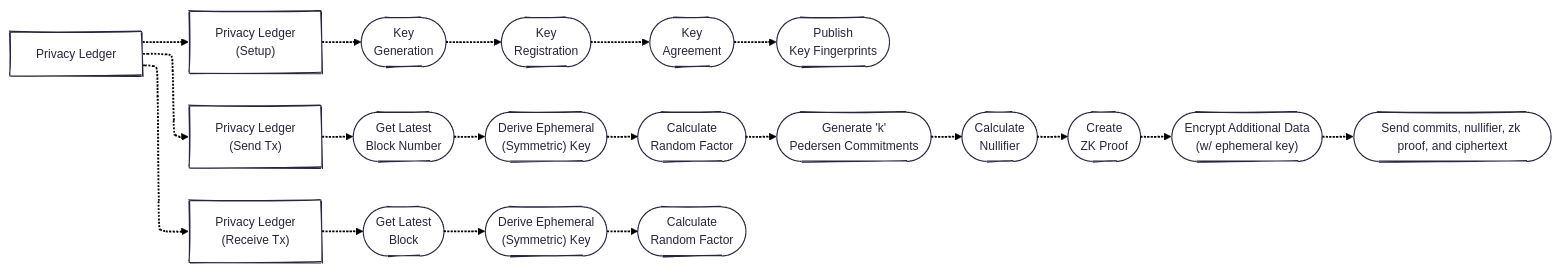
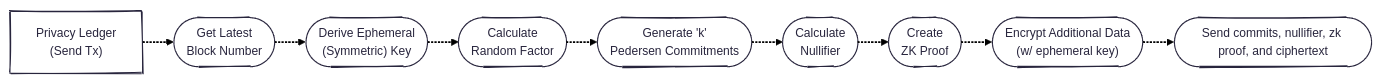
One commit to raylsnetwork/Enygma changed the fourth of 7 diagrams in enygma_payments/README.md. Above: the diagram before and after it, drawn with Mermaid. The commit also changed other lines of this file, not shown here.

````diff
--- a/enygma_payments/README.md
+++ b/enygma_payments/README.md
@@ -76,43 +97,23 @@
 ```mermaid
 ---
 config:
   theme: redux
   layout: elk
   look: handDrawn
 ---
 flowchart LR
-
-    %% Entities
-    pl["Privacy Ledger"]
-
-    %% PL (Setup)
-    pl_setup["Privacy Ledger<br>(Setup)"]
-    keygen(["Key<br>Generation"])
-    register(["Key<br>Registration"])
-    kem(["Key<br>Agreement"])
-    publish(["Publish<br>Key Fingerprints"])
 
     %% PL (Send)
     pl_send["Privacy Ledger<br>(Send Tx)"]
     getblock_send(["Get Latest<br>Block Number"])
     derivesendkey(["Derive Ephemeral<br>(Symmetric) Key"])
     calcR_send(["Calculate<br>Random Factor"])
     tx_commits(["Generate 'k'<br>Pedersen Commitments"])
     nullifier(["Calculate<br>Nullifier"])
     zk_proof(["Create<br>ZK Proof"])
     encrypt_ad(["Encrypt Additional Data<br>(w/ ephemeral key)"])
     send_tx(["Send commits, nullifier, zk proof, and ciphertext"])
 
-    %% PL (Receive)
-    pl_receive["Privacy Ledger<br>(Receive Tx)"]
-    derivereceivekey(["Derive Ephemeral<br>(Symmetric) Key"])
-    calcR_receive(["Calculate<br>Random Factor"])
-    getblock_receive(["Get Latest<br>Block"])
-
-    pl -.-> pl_setup & pl_send & pl_receive
-
-    pl_setup -.-> keygen -.-> register -.-> kem -.-> publish
     pl_send -.-> getblock_send -.-> derivesendkey -.-> calcR_send -.-> tx_commits -.-> nullifier -.-> zk_proof -.-> encrypt_ad -.-> send_tx
-    pl_receive -.-> getblock_receive -.-> derivereceivekey -.-> calcR_receive
 
 ```
````
